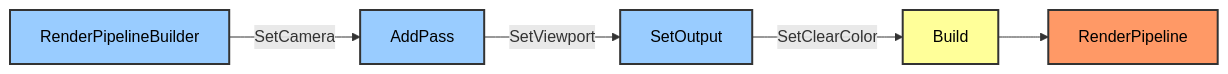
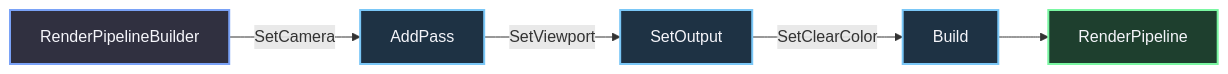
Before and after one commit to Astin-A/the-workshop: the second of 3 diagrams in content/Engine shit/O3DE/Atomic/3 API Ergonomics (Fluent Interfaces & Builders).md, drawn with Mermaid. The commit also changed other lines of this file and 24 other files, not shown here.

````diff
--- a/content/Engine shit/O3DE/Atomic/3 API Ergonomics (Fluent Interfaces & Builders).md
+++ b/content/Engine shit/O3DE/Atomic/3 API Ergonomics (Fluent Interfaces & Builders).md
@@ -41,13 +45,16 @@
 ```mermaid
 graph LR
     A[RenderPipelineBuilder] -->|SetCamera| B[AddPass]
     B -->|SetViewport| C[SetOutput]
     C -->|SetClearColor| D[Build]
     D --> E[RenderPipeline]
 
-    style A fill:#9cf,stroke:#333,stroke-width:2px,color:#000
-    style B fill:#9cf,stroke:#333,stroke-width:2px,color:#000
-    style C fill:#9cf,stroke:#333,stroke-width:2px,color:#000
-    style D fill:#ff9,stroke:#333,stroke-width:2px,color:#000
-    style E fill:#f96,stroke:#333,stroke-width:2px,color:#000
+    classDef default fill:#303040,stroke:#7aa2f7,stroke-width:2px,color:#f5f5fa;
+    classDef info fill:#1e3244,stroke:#7ac7f7,stroke-width:2px,color:#f5f5fa;
+    classDef success fill:#1e3f2e,stroke:#7af7a2,stroke-width:2px,color:#f5f5fa;
+
+    class A default;
+    class B,C info;
+    class D info;
+    class E success;
 ```
````
